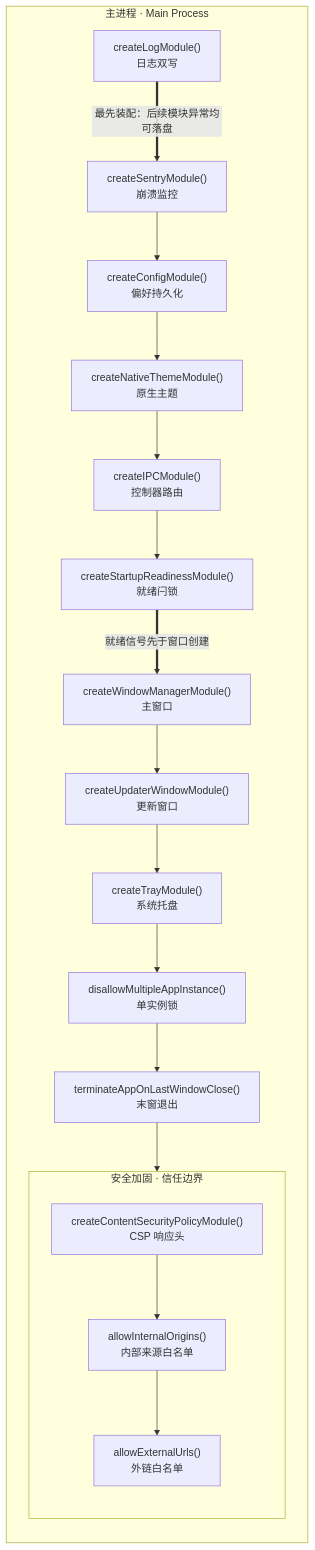
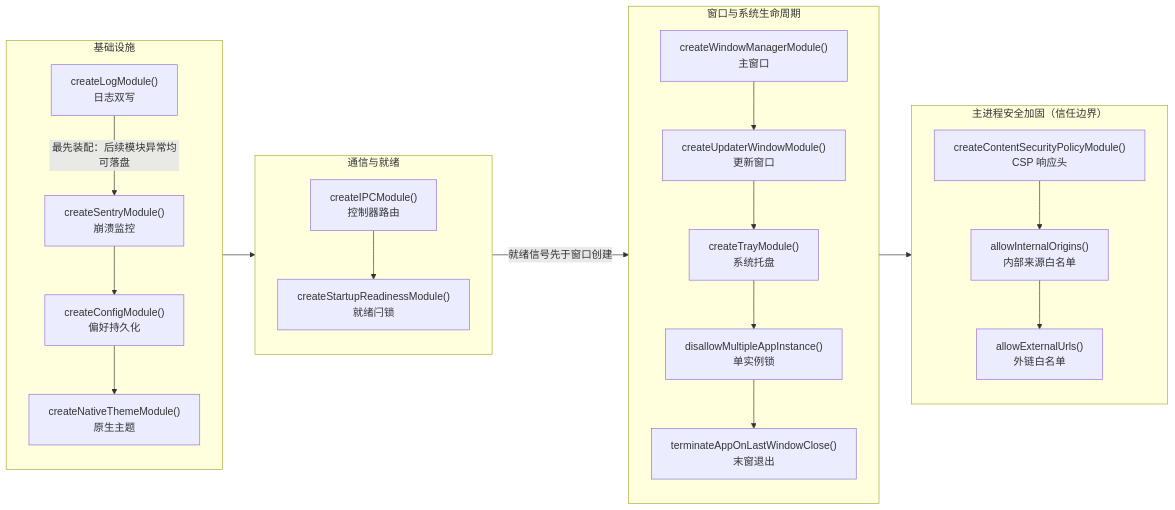
The diagram in packages/docs/src/pages/architecture/module-lifecycle.md (BanShan-Alec/electron-react-monorepo-template), drawn with Mermaid before and after one commit. The commit also changed other lines of this file and 45 other files, not shown here.

Commit message:
feat(docs): 重构 mermaid 图预览与放大交互，统一文档写作规范 (#77)

````diff
--- a/packages/docs/src/pages/architecture/module-lifecycle.md
+++ b/packages/docs/src/pages/architecture/module-lifecycle.md
@@ -21,29 +21,41 @@
 ```mermaid
-flowchart TB
-  subgraph MAIN["主进程 · Main Process"]
+flowchart LR
+  subgraph foundation["基础设施"]
     direction TB
     LOG["createLogModule()<br/>日志双写"]
     SENTRY["createSentryModule()<br/>崩溃监控"]
     CONFIG["createConfigModule()<br/>偏好持久化"]
     THEME["createNativeThemeModule()<br/>原生主题"]
+    LOG -->|"最先装配：后续模块异常均可落盘"| SENTRY
+    SENTRY --> CONFIG --> THEME
+  end
+
+  subgraph runtime["通信与就绪"]
+    direction TB
     IPC["createIPCModule()<br/>控制器路由"]
     READY["createStartupReadinessModule()<br/>就绪闩锁"]
+    IPC --> READY
+  end
+
+  subgraph windows["窗口与系统生命周期"]
+    direction TB
     WIN["createWindowManagerModule()<br/>主窗口"]
     UPDATER_WIN["createUpdaterWindowModule()<br/>更新窗口"]
     TRAY["createTrayModule()<br/>系统托盘"]
     SINGLE["disallowMultipleAppInstance()<br/>单实例锁"]
     TERM["terminateAppOnLastWindowClose()<br/>末窗退出"]
-    subgraph SEC["安全加固 · 信任边界"]
-      direction TB
-      CSP["createContentSecurityPolicyModule()<br/>CSP 响应头"]
-      ORIGIN["allowInternalOrigins()<br/>内部来源白名单"]
-      EXT["allowExternalUrls()<br/>外链白名单"]
-    end
+    WIN --> UPDATER_WIN --> TRAY --> SINGLE --> TERM
   end
 
-  LOG ==>|"最先装配：后续模块异常均可落盘"| SENTRY
-  SENTRY --> CONFIG --> THEME --> IPC --> READY
-  READY ==>|"就绪信号先于窗口创建"| WIN
-  WIN --> UPDATER_WIN --> TRAY --> SINGLE --> TERM
-  TERM --> CSP --> ORIGIN --> EXT
+  subgraph security["主进程安全加固（信任边界）"]
+    direction TB
+    CSP["createContentSecurityPolicyModule()<br/>CSP 响应头"]
+    ORIGIN["allowInternalOrigins()<br/>内部来源白名单"]
+    EXT["allowExternalUrls()<br/>外链白名单"]
+    CSP --> ORIGIN --> EXT
+  end
+
+  foundation --> runtime
+  runtime -->|"就绪信号先于窗口创建"| windows
+  windows --> security
 ```
````
